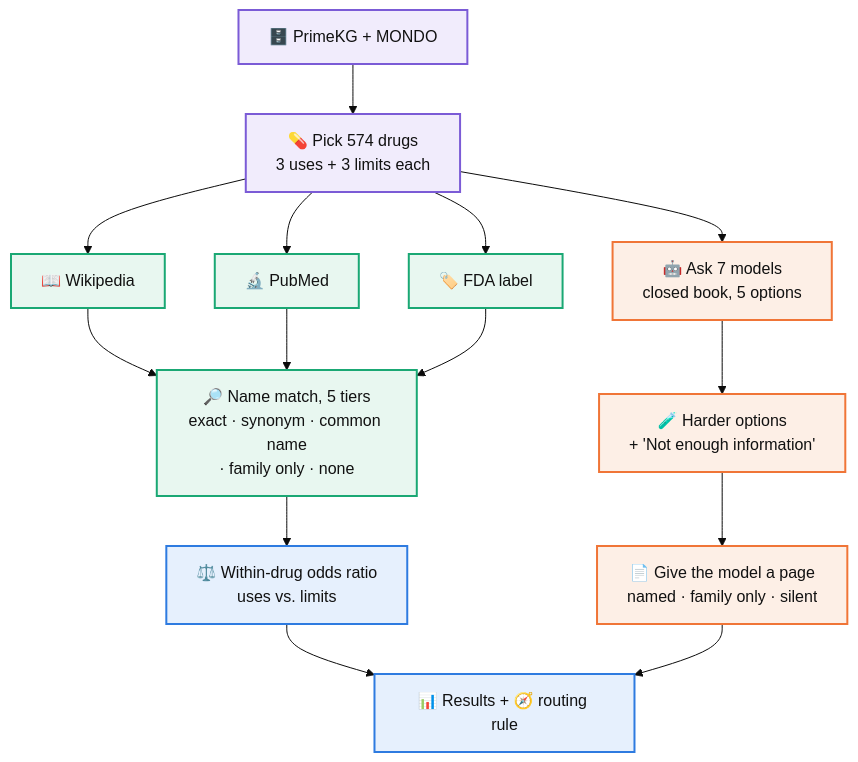
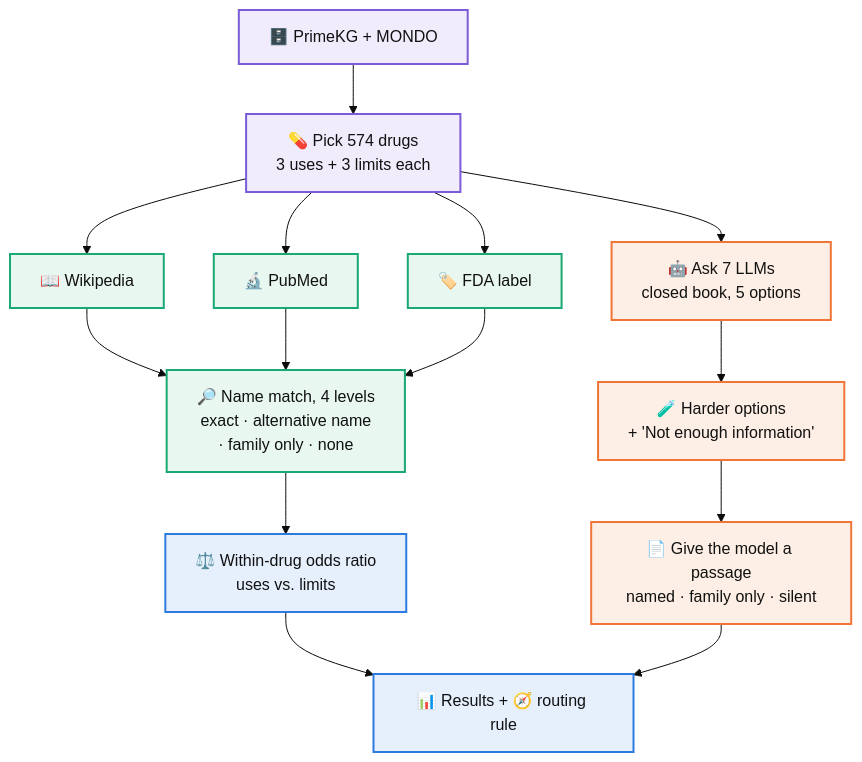
One commit to SMRayeed/LABEL changed the second of 2 diagrams in README.md. Above: the diagram before and after it, drawn with Mermaid (base theme). The commit also changed other lines of this file and 11 other files, not shown here.

````diff
--- a/README.md
+++ b/README.md
@@ -107,18 +107,18 @@
 ```mermaid
 flowchart TD
     classDef s fill:#F1ECFC,stroke:#7B5BD6,stroke-width:2px,color:#111
     classDef t fill:#E8F7F0,stroke:#1AA874,stroke-width:2px,color:#111
     classDef m fill:#FDEFE6,stroke:#F07537,stroke-width:2px,color:#111
     classDef r fill:#E6F0FD,stroke:#2E7BE0,stroke-width:2px,color:#111
 
     A["🗄️ PrimeKG + MONDO"]:::s --> B["💊 Pick 574 drugs<br/>3 uses + 3 limits each"]:::s
     B --> C1["📖 Wikipedia"]:::t
     B --> C2["🔬 PubMed"]:::t
     B --> C3["🏷️ FDA label"]:::t
-    C1 & C2 & C3 --> D["🔎 Name match, 5 tiers<br/>exact · synonym · common name<br/>· family only · none"]:::t
+    C1 & C2 & C3 --> D["🔎 Name match, 4 levels<br/>exact · alternative name<br/>· family only · none"]:::t
     D --> E["⚖️ Within-drug odds ratio<br/>uses vs. limits"]:::r
-    B --> F["🤖 Ask 7 models<br/>closed book, 5 options"]:::m
+    B --> F["🤖 Ask 7 LLMs<br/>closed book, 5 options"]:::m
     F --> G["🧪 Harder options<br/>+ 'Not enough information'"]:::m
-    G --> H["📄 Give the model a page<br/>named · family only · silent"]:::m
+    G --> H["📄 Give the model a passage<br/>named · family only · silent"]:::m
     E & H --> I["📊 Results + 🧭 routing rule"]:::r
 ```
````
